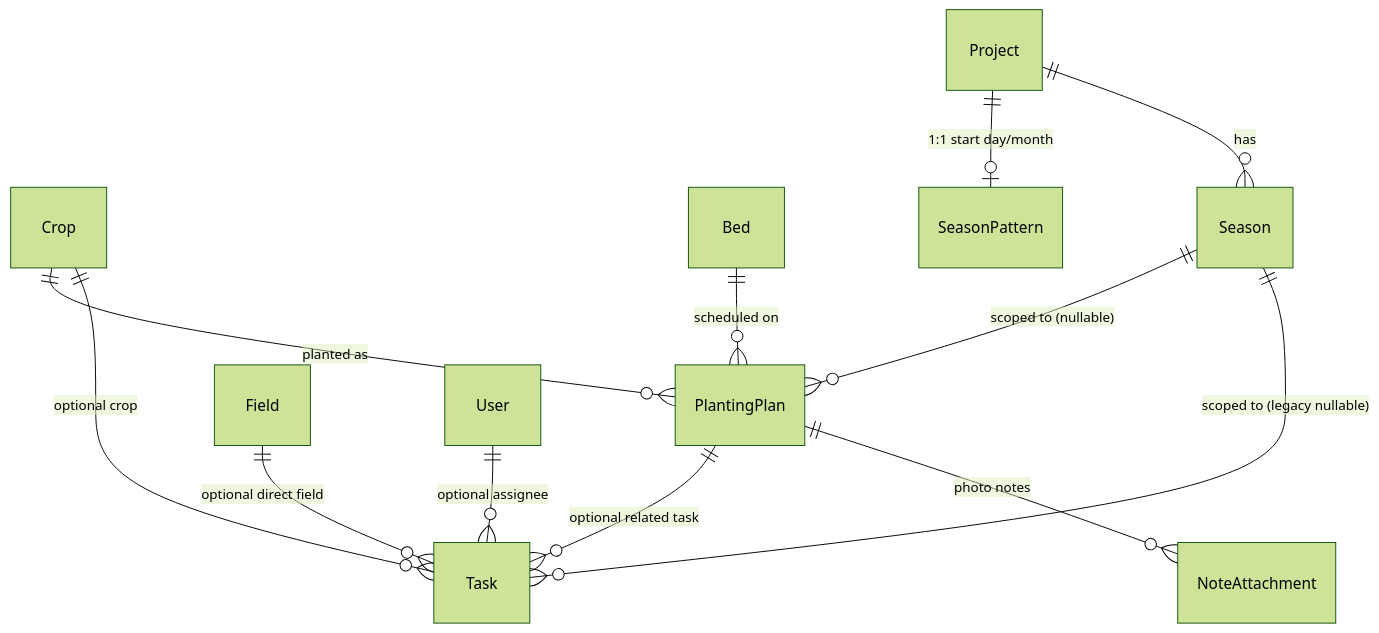
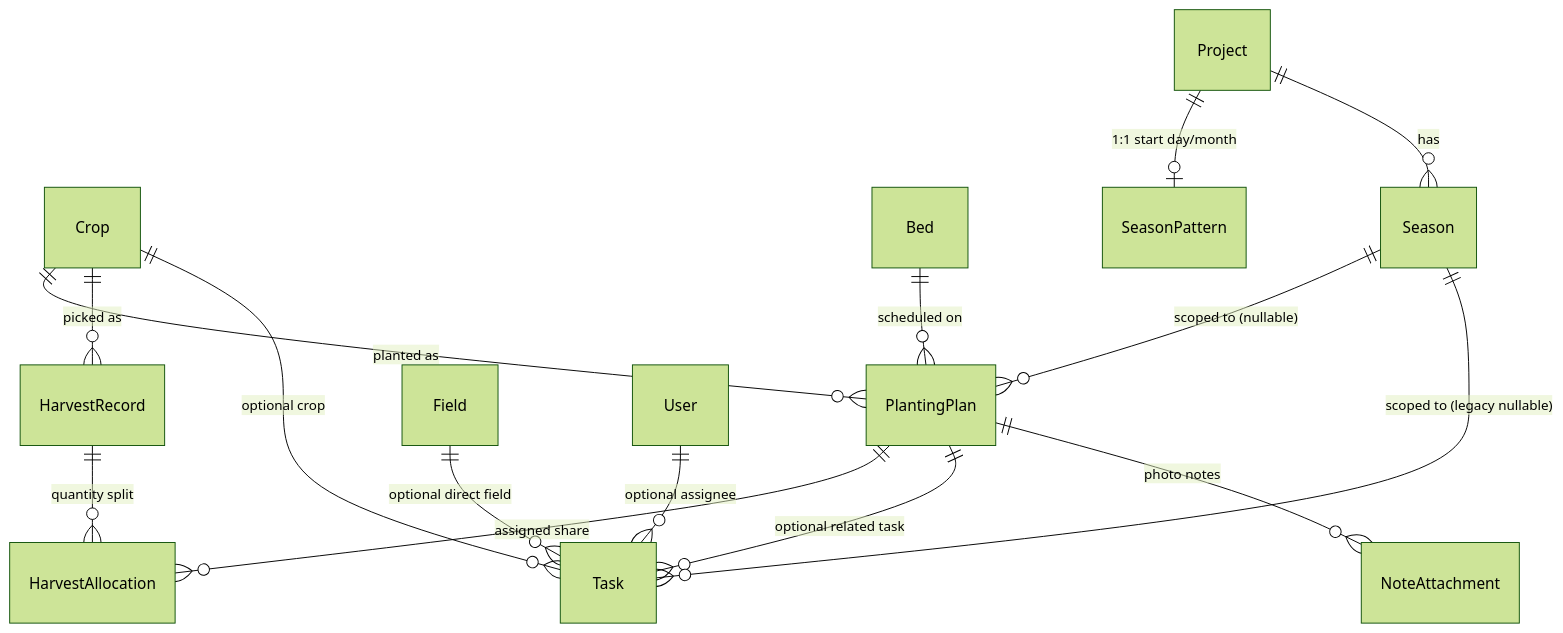
The fourth of 7 diagrams in docs/data-model.md (OpenFarmPlanner/planner), drawn with Mermaid (forest theme) before and after one commit. The commit also changed other lines of this file and 87 other files, not shown here.

First line of the commit message:
Record harvest quantities and allocate them to planting plans (#1330)

````diff
--- a/docs/data-model.md
+++ b/docs/data-model.md
@@ -250,14 +250,17 @@
 ```mermaid
 erDiagram
     Crop ||--o{ PlantingPlan : "planted as"
+    Crop ||--o{ HarvestRecord : "picked as"
+    HarvestRecord ||--o{ HarvestAllocation : "quantity split"
+    PlantingPlan ||--o{ HarvestAllocation : "assigned share"
     Bed ||--o{ PlantingPlan : "scheduled on"
     Season ||--o{ PlantingPlan : "scoped to (nullable)"
     Project ||--o| SeasonPattern : "1:1 start day/month"
     Project ||--o{ Season : has
     PlantingPlan ||--o{ Task : "optional related task"
     Season ||--o{ Task : "scoped to (legacy nullable)"
     Crop ||--o{ Task : "optional crop"
     Field ||--o{ Task : "optional direct field"
     User ||--o{ Task : "optional assignee"
     PlantingPlan ||--o{ NoteAttachment : "photo notes"
 ```
````
